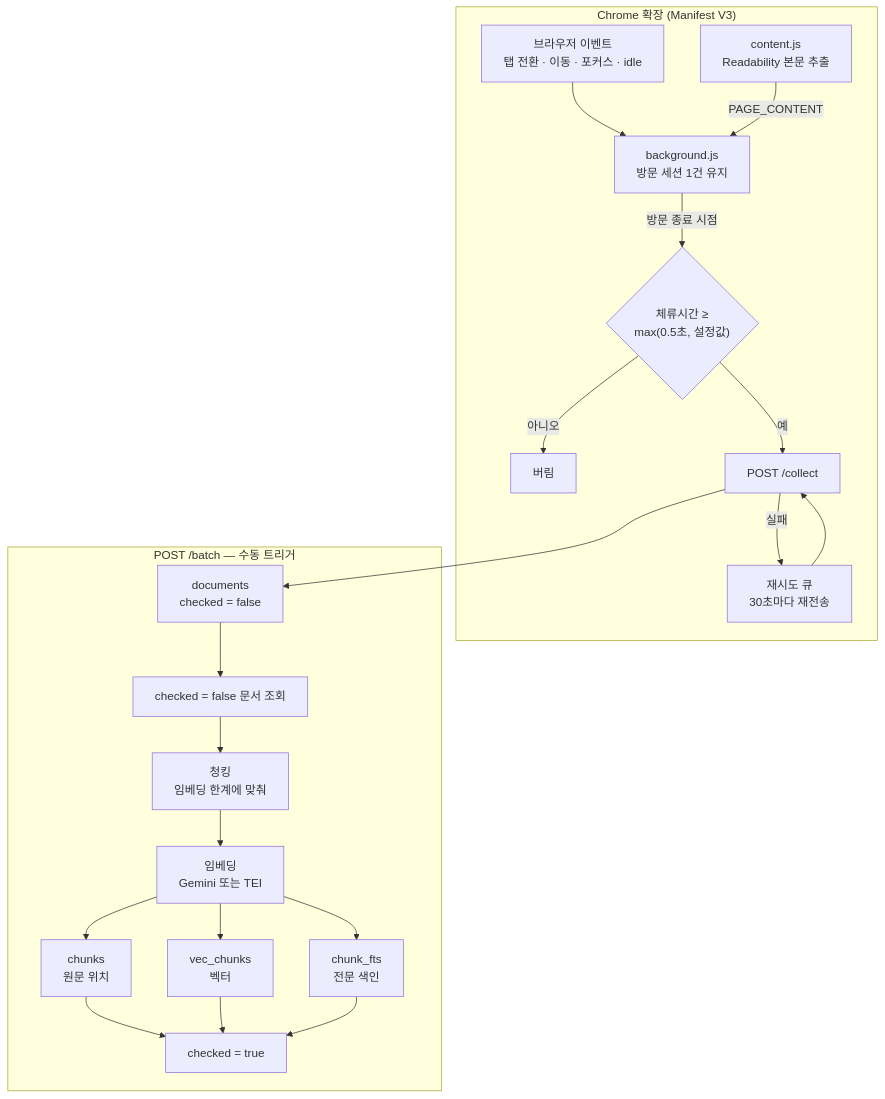
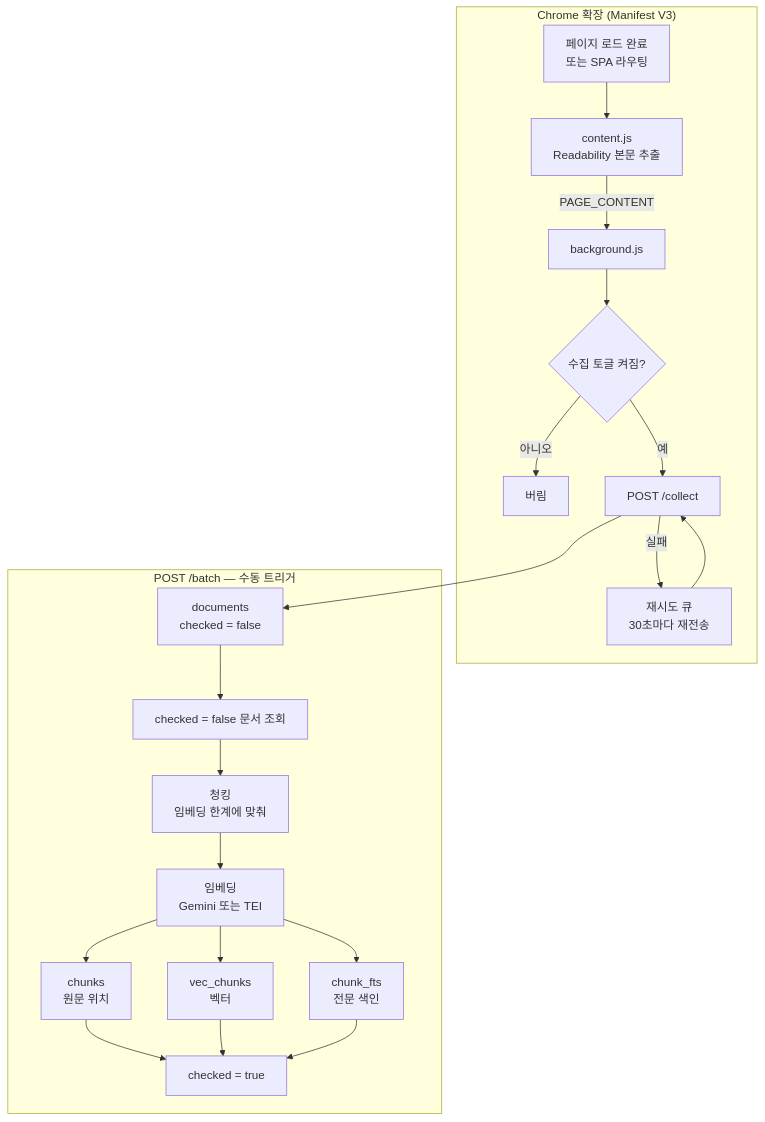
The first of 3 diagrams in docs/collection-pipeline.md (haesuo566/history_tracker), drawn with Mermaid before and after one commit. The commit also changed other lines of this file and 12 other files, not shown here.

````diff
--- a/docs/collection-pipeline.md
+++ b/docs/collection-pipeline.md
@@ -19,26 +19,26 @@
 ```mermaid
 flowchart TD
     subgraph EXT["Chrome 확장 (Manifest V3)"]
-        A["브라우저 이벤트<br/>탭 전환 · 이동 · 포커스 · idle"] --> B["background.js<br/>방문 세션 1건 유지"]
-        C["content.js<br/>Readability 본문 추출"] -->|PAGE_CONTENT| B
-        B -->|"방문 종료 시점"| D{"체류시간 ≥<br/>max(0.5초, 설정값)"}
+        A["페이지 로드 완료<br/>또는 SPA 라우팅"] --> C["content.js<br/>Readability 본문 추출"]
+        C -->|PAGE_CONTENT| B["background.js"]
+        B --> D{"수집 토글 켜짐?"}
         D -->|아니오| X["버림"]
         D -->|예| E["POST /collect"]
         E -->|실패| Q["재시도 큐<br/>30초마다 재전송"]
         Q --> E
     end
 
     E --> F["documents<br/>checked = false"]
 
     subgraph BATCH["POST /batch — 수동 트리거"]
         F --> G["checked = false 문서 조회"]
         G --> H["청킹<br/>임베딩 한계에 맞춰"]
         H --> I["임베딩<br/>Gemini 또는 TEI"]
         I --> J1["chunks<br/>원문 위치"]
         I --> J2["vec_chunks<br/>벡터"]
         I --> J3["chunk_fts<br/>전문 색인"]
         J1 --> K["checked = true"]
         J2 --> K
         J3 --> K
     end
 ```
````
